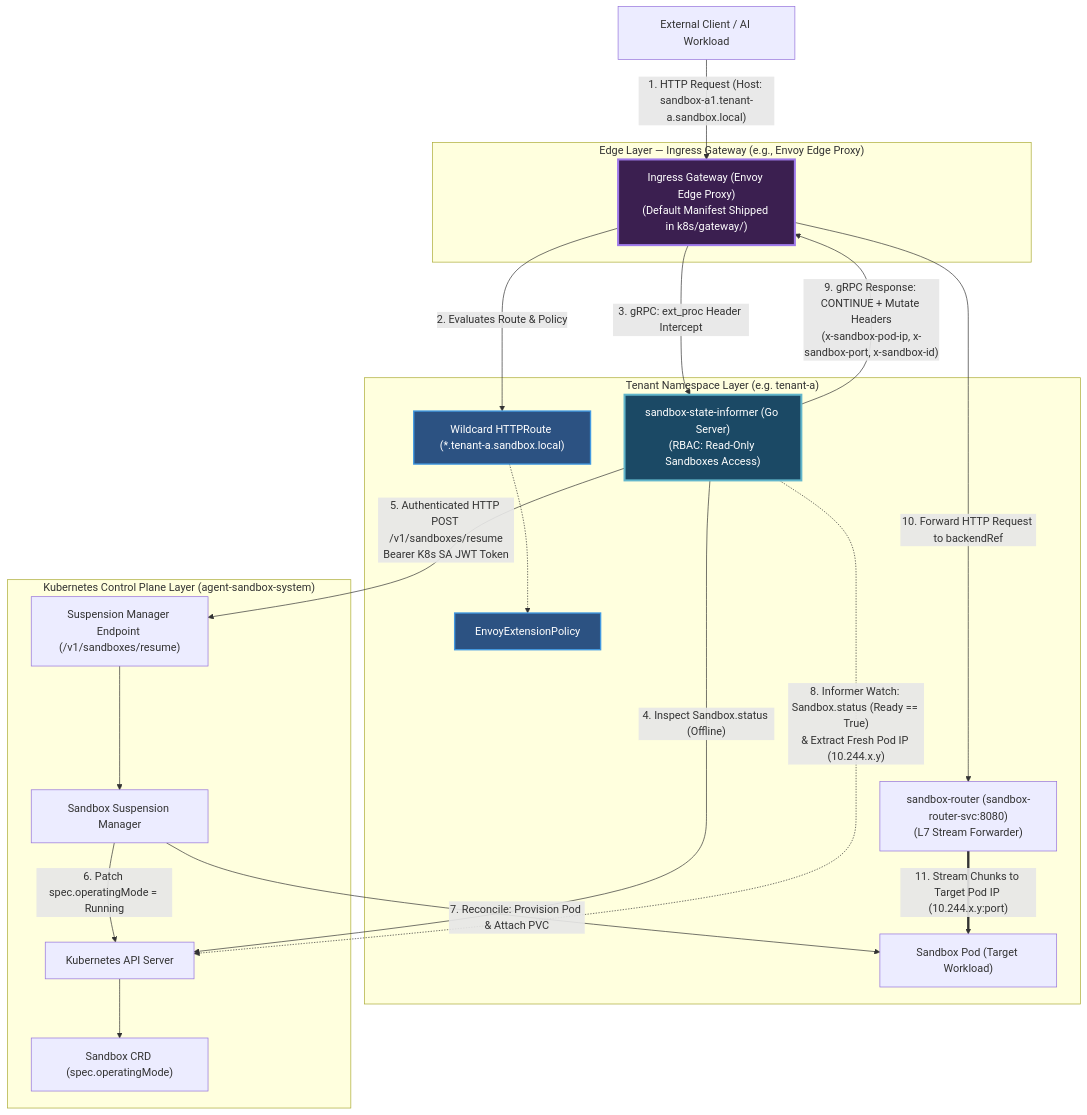
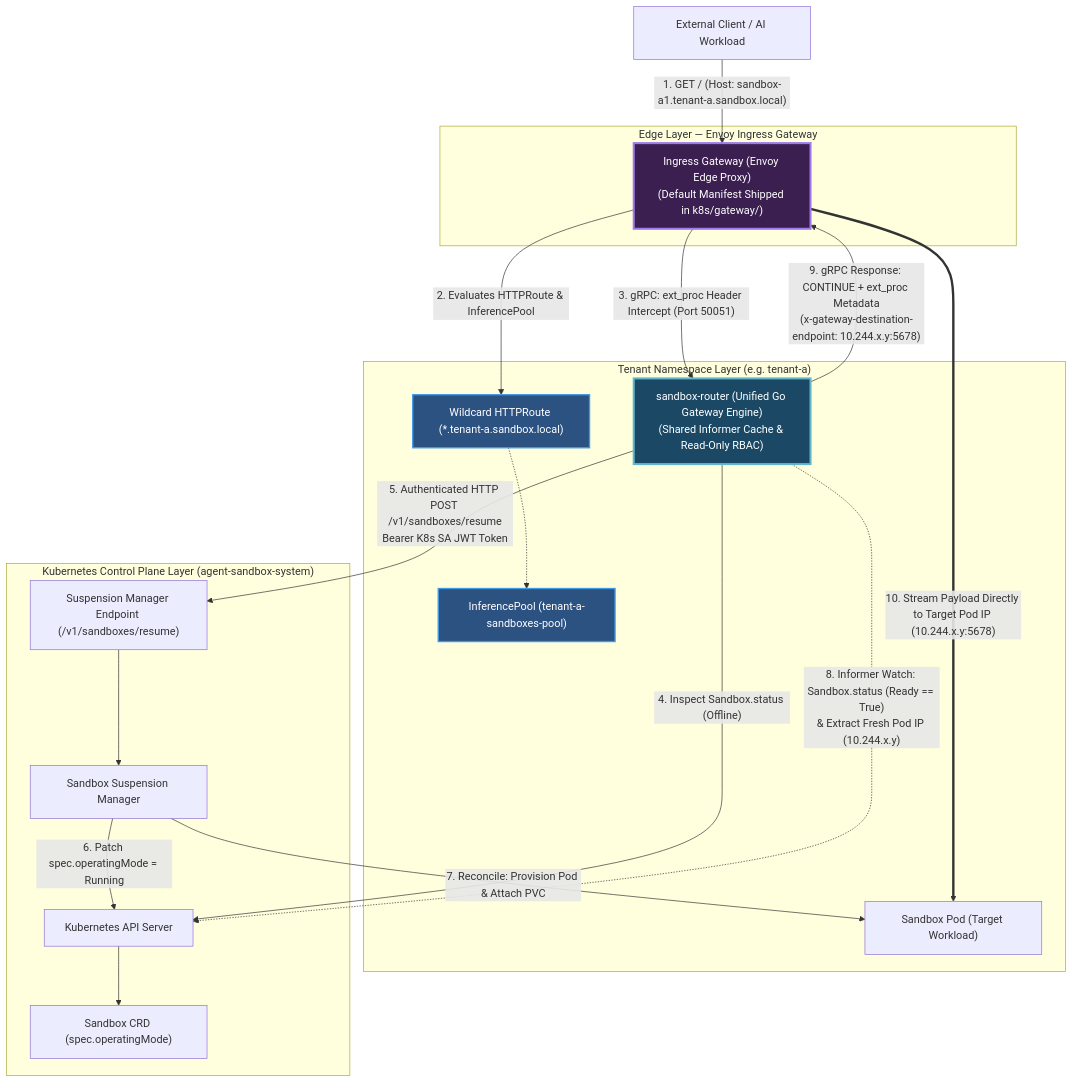
One commit to kubernetes-sigs/agent-sandbox changed the second of 3 diagrams in docs/keps/1174-agent-sandbox-gateway/README.md. Above: the diagram before and after it, drawn with Mermaid. The commit also changed other lines of this file and 42 other files, not shown here.

Commit message:
Implement via inference pool.

````diff
--- a/docs/keps/1174-agent-sandbox-gateway/README.md
+++ b/docs/keps/1174-agent-sandbox-gateway/README.md
@@ -145,47 +124,45 @@
 ```mermaid
 flowchart TB
     Client["External Client / AI Workload"]
 
-    subgraph Edge["Edge Layer — Ingress Gateway (e.g., Envoy Edge Proxy)"]
+    subgraph Edge["Edge Layer — Envoy Ingress Gateway"]
         EnvoyProxy["Ingress Gateway (Envoy Edge Proxy)<br/>(Default Manifest Shipped in k8s/gateway/)"]
     end
 
     subgraph Tenant["Tenant Namespace Layer (e.g. tenant-a)"]
         HTTPRoute["Wildcard HTTPRoute (*.tenant-a.sandbox.local)"]
-        EnvoyPolicy["EnvoyExtensionPolicy"]
-        CalloutService["sandbox-state-informer (Go Server)<br/>(RBAC: Read-Only Sandboxes Access)"]
-        SandboxRouter["sandbox-router (sandbox-router-svc:8080)<br/>(L7 Stream Forwarder)"]
+        InfPool["InferencePool (tenant-a-sandboxes-pool)"]
+        SandboxRouter["sandbox-router (Unified Go Gateway Engine)<br/>(Shared Informer Cache & Read-Only RBAC)"]
         SandboxPod["Sandbox Pod (Target Workload)"]
     end
 
     subgraph ControlPlane["Kubernetes Control Plane Layer (agent-sandbox-system)"]
         CtrlEndpoint["Suspension Manager Endpoint (/v1/sandboxes/resume)"]
         SandboxCtrl["Sandbox Suspension Manager"]
         APIServer["Kubernetes API Server"]
         SandboxCRD["Sandbox CRD (spec.operatingMode)"]
     end
 
-    Client -->|"1. HTTP Request (Host: sandbox-a1.tenant-a.sandbox.local)"| EnvoyProxy
-    EnvoyProxy -->|"2. Evaluates Route & Policy"| HTTPRoute
-    HTTPRoute -.-> EnvoyPolicy
-    EnvoyProxy -->|"3. gRPC: ext_proc Header Intercept"| CalloutService
-    CalloutService -->|"4. Inspect Sandbox.status (Offline)"| APIServer
+    Client -->|"1. GET / (Host: sandbox-a1.tenant-a.sandbox.local)"| EnvoyProxy
+    EnvoyProxy -->|"2. Evaluates HTTPRoute & InferencePool"| HTTPRoute
+    HTTPRoute -.-> InfPool
+    EnvoyProxy -->|"3. gRPC: ext_proc Header Intercept (Port 50051)"| SandboxRouter
+    SandboxRouter -->|"4. Inspect Sandbox.status (Offline)"| APIServer
     
-    CalloutService -->|"5. Authenticated HTTP POST /v1/sandboxes/resume<br/>Bearer K8s SA JWT Token"| CtrlEndpoint
+    SandboxRouter -->|"5. Authenticated HTTP POST /v1/sandboxes/resume<br/>Bearer K8s SA JWT Token"| CtrlEndpoint
     CtrlEndpoint --> SandboxCtrl
     SandboxCtrl -->|"6. Patch spec.operatingMode = Running"| APIServer
     APIServer --> SandboxCRD
     SandboxCtrl -->|"7. Reconcile: Provision Pod & Attach PVC"| SandboxPod
     
-    CalloutService -.->|"8. Informer Watch: Sandbox.status (Ready == True)<br/>& Extract Fresh Pod IP (10.244.x.y)"| APIServer
-    CalloutService -->|"9. gRPC Response: CONTINUE + Mutate Headers<br/>(x-sandbox-pod-ip, x-sandbox-port, x-sandbox-id)"| EnvoyProxy
-    EnvoyProxy -->|"10. Forward HTTP Request to backendRef"| SandboxRouter
-    SandboxRouter ==>|"11. Stream Chunks to Target Pod IP (10.244.x.y:port)"| SandboxPod
+    SandboxRouter -.->|"8. Informer Watch: Sandbox.status (Ready == True)<br/>& Extract Fresh Pod IP (10.244.x.y)"| APIServer
+    SandboxRouter -->|"9. gRPC Response: CONTINUE + ext_proc Metadata<br/>(x-gateway-destination-endpoint: 10.244.x.y:5678)"| EnvoyProxy
+    EnvoyProxy ==>|"10. Stream Payload Directly to Target Pod IP (10.244.x.y:5678)"| SandboxPod
 
     classDef proposed fill:#1b4965,stroke:#62b6cb,stroke-width:3px,color:#ffffff;
     classDef manifest fill:#2c5282,stroke:#4299e1,stroke-width:2px,color:#ffffff;
     classDef defaultGateway fill:#3b1f50,stroke:#9f7aea,stroke-width:3px,color:#ffffff;
-    class CalloutService proposed;
-    class HTTPRoute,EnvoyPolicy manifest;
+    class SandboxRouter proposed;
+    class HTTPRoute,InfPool manifest;
     class EnvoyProxy defaultGateway;
 ```
````
